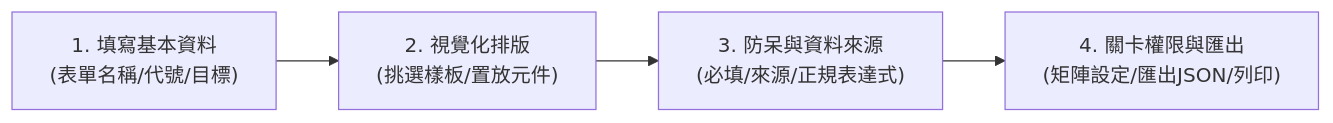
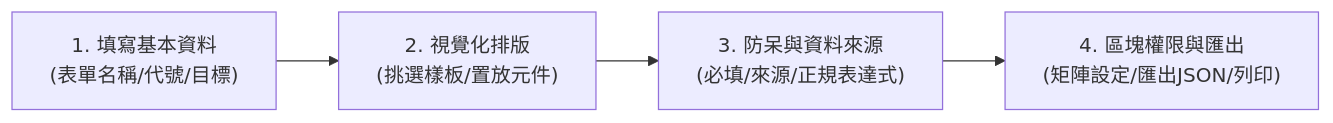
Before and after one commit to kentchuang/efgp-form-spec-tool: the diagram in README.md, drawn with Mermaid. The commit also changed other lines of this file, not shown here.

````diff
--- a/README.md
+++ b/README.md
@@ -65,6 +73,6 @@
 ```mermaid
 flowchart LR
     A["1. 填寫基本資料\n(表單名稱/代號/目標)"] --> B["2. 視覺化排版\n(挑選樣板/置放元件)"]
     B --> C["3. 防呆與資料來源\n(必填/來源/正規表達式)"]
-    C --> D["4. 關卡權限與匯出\n(矩陣設定/匯出JSON/列印)"]
+    C --> D["4. 區塊權限與匯出\n(矩陣設定/匯出JSON/列印)"]
 ```
````
